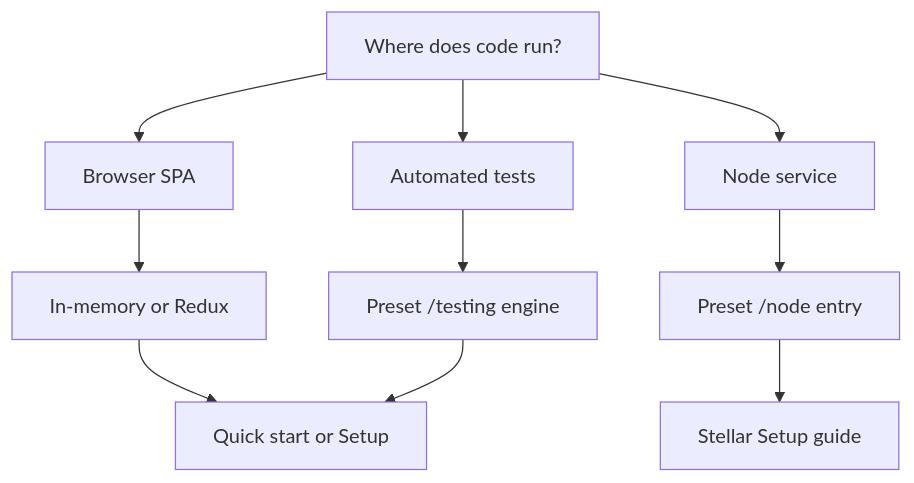
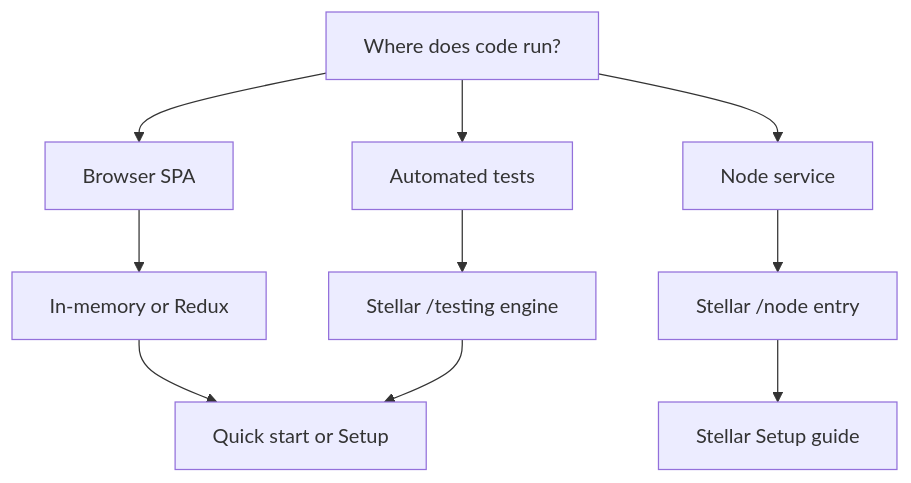
Before and after one commit to Polynom-Labs/privacy-layer-confidential-sdk: the diagram in docs/integration/integration-paths.mdx, drawn with Mermaid. The commit also changed other lines of this file and 18 other files, not shown here.

````diff
--- a/docs/integration/integration-paths.mdx
+++ b/docs/integration/integration-paths.mdx
@@ -16,19 +16,19 @@
 ```mermaid
 flowchart TD
   Q[Where does code run?]
   Browser[Browser SPA]
   Node[Node service]
   Test[Automated tests]
 
   Q --> Browser
   Q --> Node
   Q --> Test
 
   Browser --> Mem[In-memory or Redux]
-  Node --> NodePreset[Preset /node entry]
-  Test --> Fake[Preset /testing engine]
+  Node --> NodePreset[Stellar /node entry]
+  Test --> Fake[Stellar /testing engine]
 
   Mem --> QS[Quick start or Setup]
   NodePreset --> Setup[Stellar Setup guide]
   Fake --> QS
 ```
````
